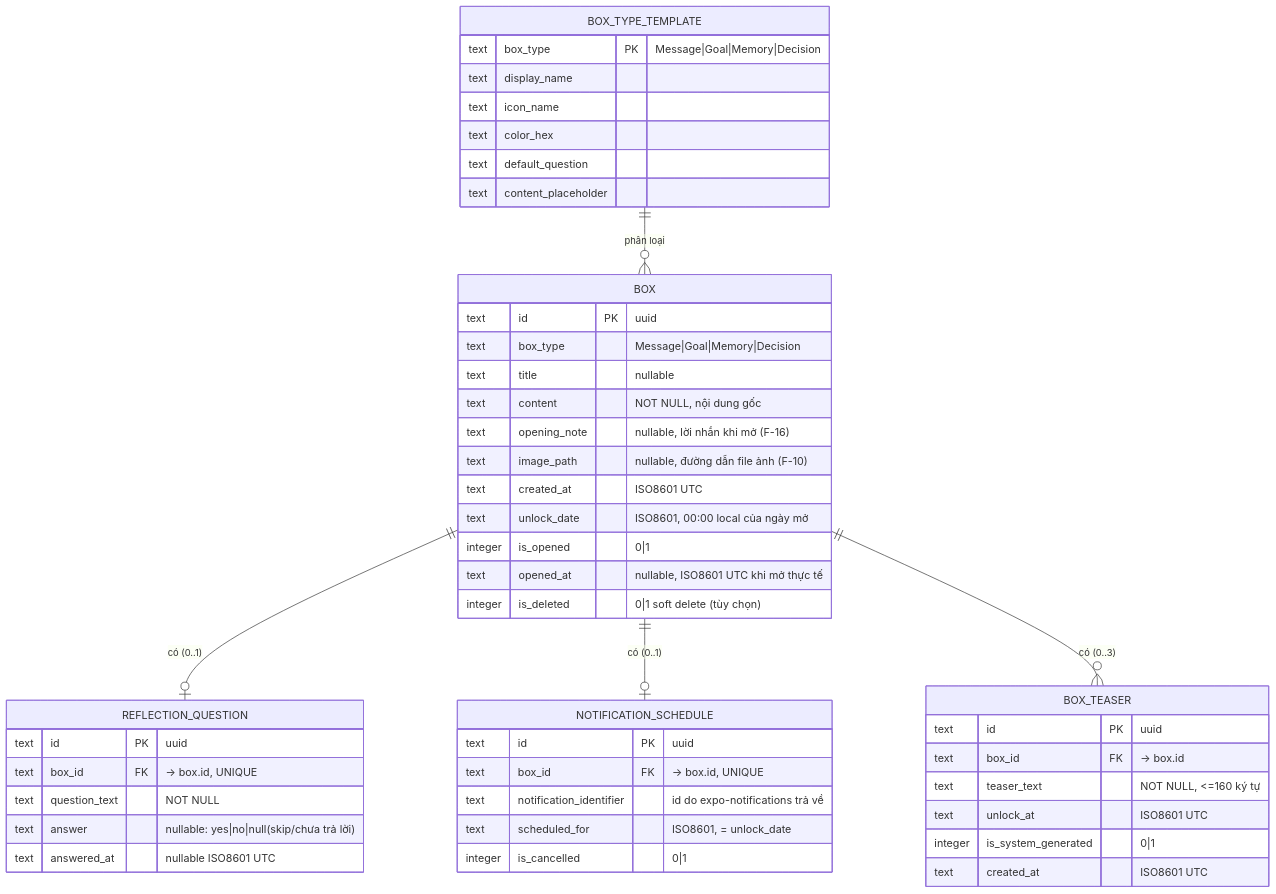
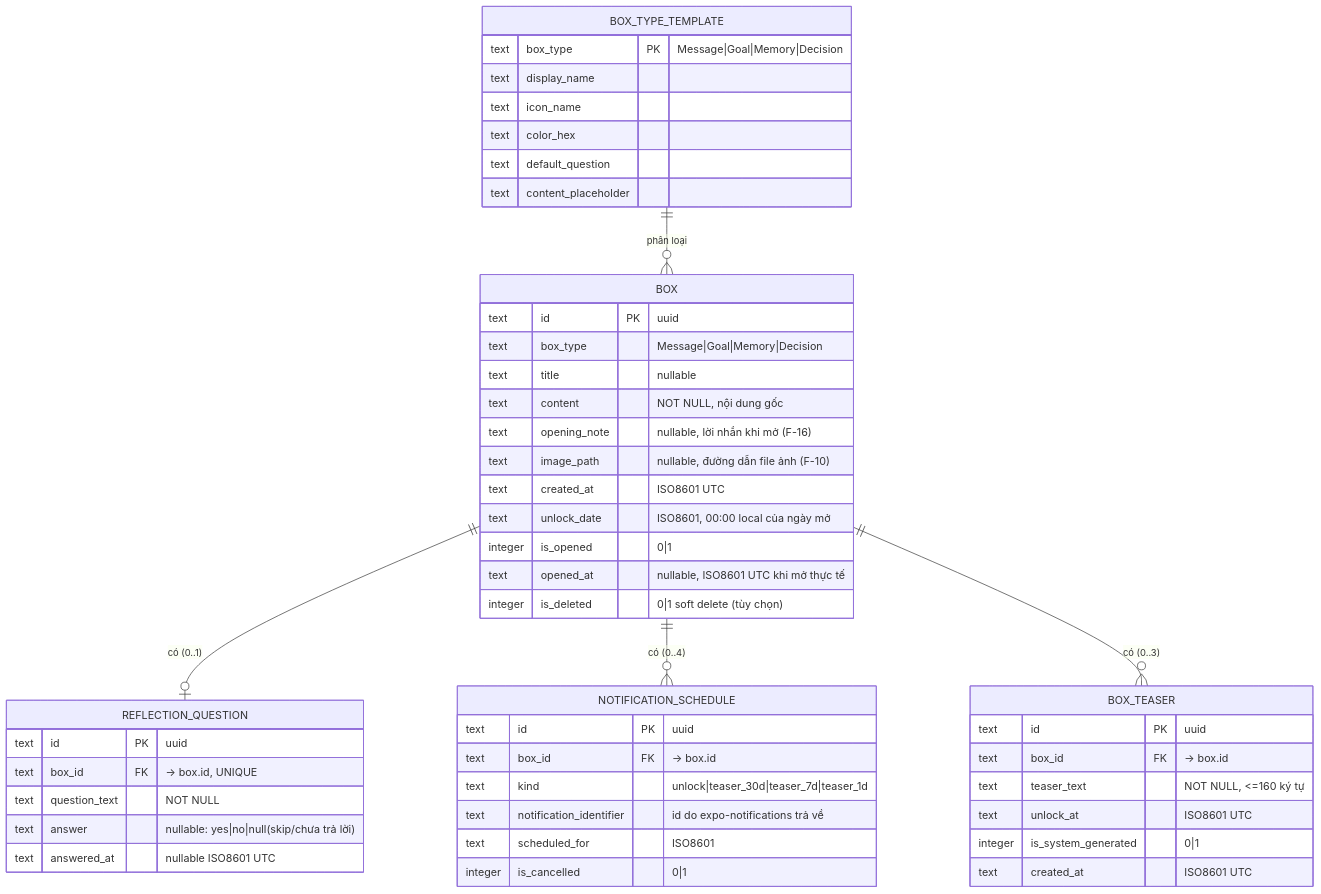
Before and after one commit to datngyn95/future_box_v1: the first of 2 diagrams in design/database/schema.md, drawn with Mermaid. The commit also changed other lines of this file and 7 other files, not shown here.

First line of the commit message:
feat(notification): F-31 Curiosity Notification — teaser_30d/7d/1d + unlock

````diff
--- a/design/database/schema.md
+++ b/design/database/schema.md
@@ -80,55 +80,56 @@
 ```mermaid
 erDiagram
     BOX ||--o| REFLECTION_QUESTION : "có (0..1)"
-    BOX ||--o| NOTIFICATION_SCHEDULE : "có (0..1)"
+    BOX ||--o{ NOTIFICATION_SCHEDULE : "có (0..4)"
     BOX ||--o{ BOX_TEASER : "có (0..3)"
     BOX_TYPE_TEMPLATE ||--o{ BOX : "phân loại"
 
     BOX {
         text id PK "uuid"
         text box_type "Message|Goal|Memory|Decision"
         text title "nullable"
         text content "NOT NULL, nội dung gốc"
         text opening_note "nullable, lời nhắn khi mở (F-16)"
         text image_path "nullable, đường dẫn file ảnh (F-10)"
         text created_at "ISO8601 UTC"
         text unlock_date "ISO8601, 00:00 local của ngày mở"
         integer is_opened "0|1"
         text opened_at "nullable, ISO8601 UTC khi mở thực tế"
         integer is_deleted "0|1 soft delete (tùy chọn)"
     }
 
     REFLECTION_QUESTION {
         text id PK "uuid"
         text box_id FK "-> box.id, UNIQUE"
         text question_text "NOT NULL"
         text answer "nullable: yes|no|null(skip/chưa trả lời)"
         text answered_at "nullable ISO8601 UTC"
     }
 
     NOTIFICATION_SCHEDULE {
         text id PK "uuid"
-        text box_id FK "-> box.id, UNIQUE"
+        text box_id FK "-> box.id"
+        text kind "unlock|teaser_30d|teaser_7d|teaser_1d"
         text notification_identifier "id do expo-notifications trả về"
-        text scheduled_for "ISO8601, = unlock_date"
+        text scheduled_for "ISO8601"
         integer is_cancelled "0|1"
     }
 
     BOX_TEASER {
         text id PK "uuid"
         text box_id FK "-> box.id"
         text teaser_text "NOT NULL, <=160 ký tự"
         text unlock_at "ISO8601 UTC"
         integer is_system_generated "0|1"
         text created_at "ISO8601 UTC"
     }
 
     BOX_TYPE_TEMPLATE {
         text box_type PK "Message|Goal|Memory|Decision"
         text display_name
         text icon_name
         text color_hex
         text default_question
         text content_placeholder
     }
 ```
````
